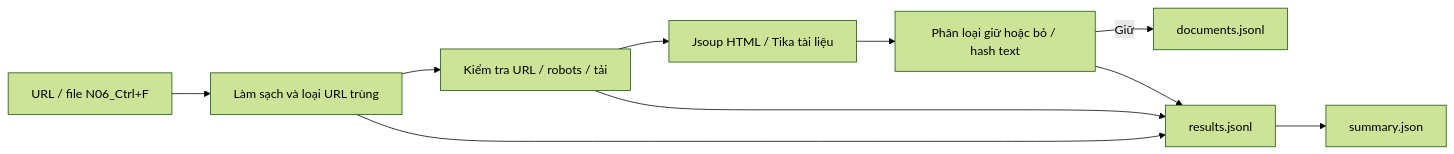
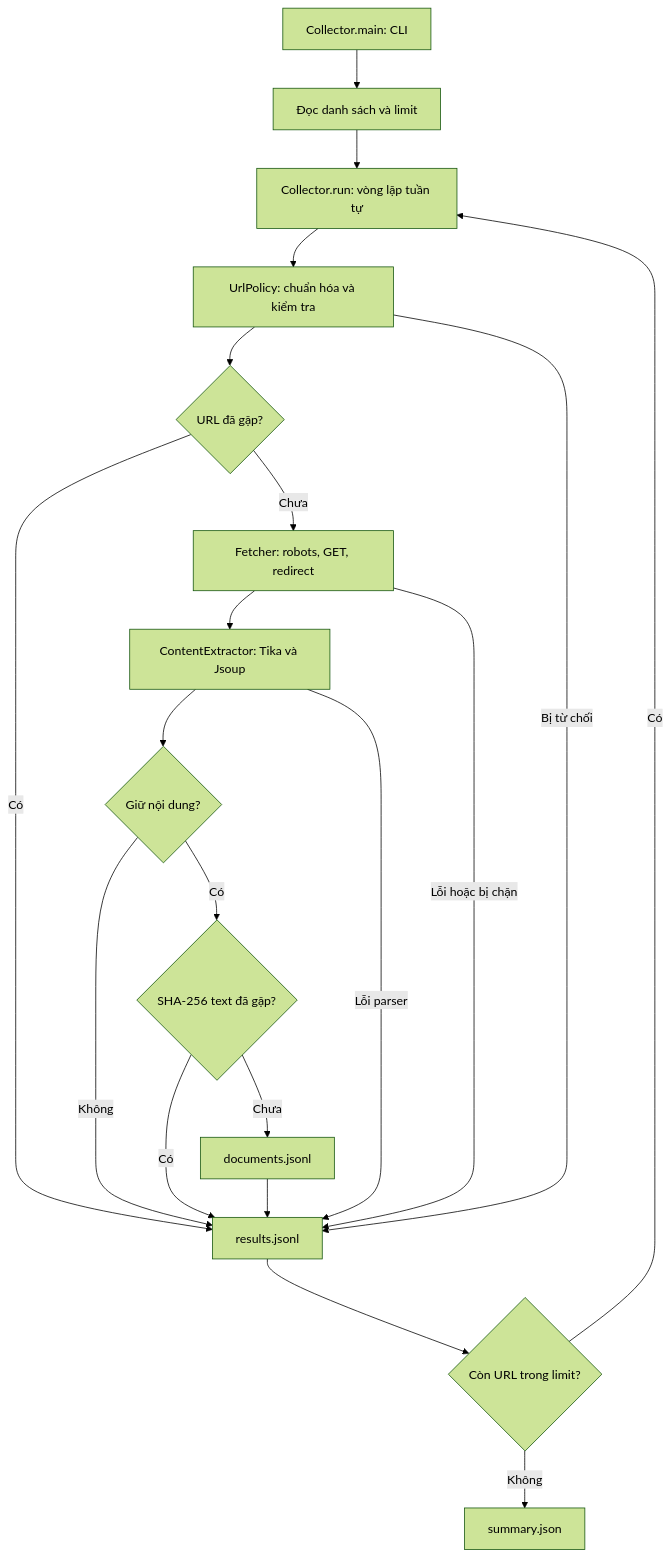
One commit to dungx48/it4863-content-collector changed the diagram in docs/architecture.md. Above: the diagram before and after it, drawn with Mermaid (forest theme). The commit also changed other lines of this file and 4 other files, not shown here.

````diff
--- a/docs/architecture.md
+++ b/docs/architecture.md
@@ -3,12 +25,22 @@
 ```mermaid
-flowchart LR
-    Input[URL / file N06_Ctrl+F] --> Normalize[Làm sạch và loại URL trùng]
-    Normalize --> Fetch[Kiểm tra URL / robots / tải]
-    Fetch --> Extract[Jsoup HTML / Tika tài liệu]
-    Extract --> Decide[Phân loại giữ hoặc bỏ / hash text]
-    Decide -->|Giữ| Documents[documents.jsonl]
-    Normalize --> Report[results.jsonl]
-    Fetch --> Report
-    Decide --> Report
-    Report --> Summary[summary.json]
+flowchart TD
+    CLI[Collector.main: CLI] --> Input[Đọc danh sách và limit]
+    Input --> Batch[Collector.run: vòng lặp tuần tự]
+    Batch --> Policy[UrlPolicy: chuẩn hóa và kiểm tra]
+    Policy --> Seen{URL đã gặp?}
+    Seen -->|Có| Result[results.jsonl]
+    Seen -->|Chưa| Fetch[Fetcher: robots, GET, redirect]
+    Fetch --> Extract[ContentExtractor: Tika và Jsoup]
+    Extract --> Keep{Giữ nội dung?}
+    Keep -->|Không| Result
+    Keep -->|Có| Hash{SHA-256 text đã gặp?}
+    Hash -->|Có| Result
+    Hash -->|Chưa| Docs[documents.jsonl]
+    Docs --> Result
+    Policy -->|Bị từ chối| Result
+    Fetch -->|Lỗi hoặc bị chặn| Result
+    Extract -->|Lỗi parser| Result
+    Result --> Next{Còn URL trong limit?}
+    Next -->|Có| Batch
+    Next -->|Không| Summary[summary.json]
 ```
````
